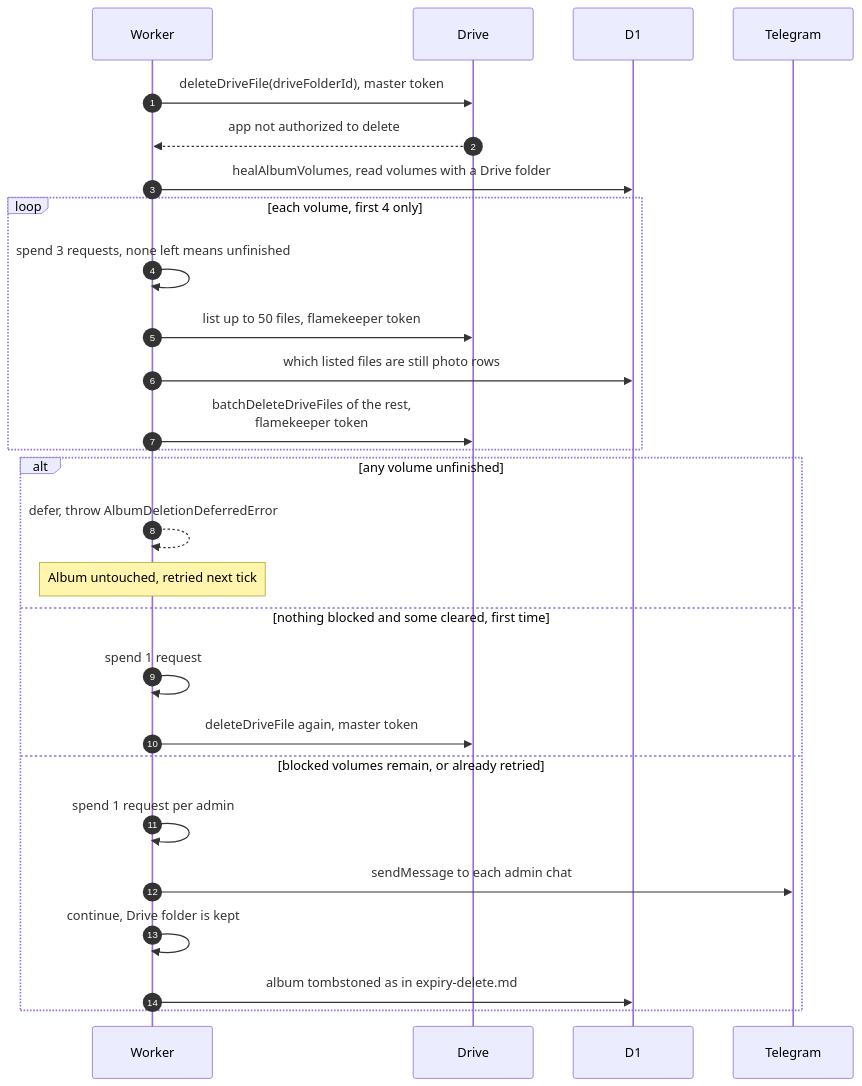
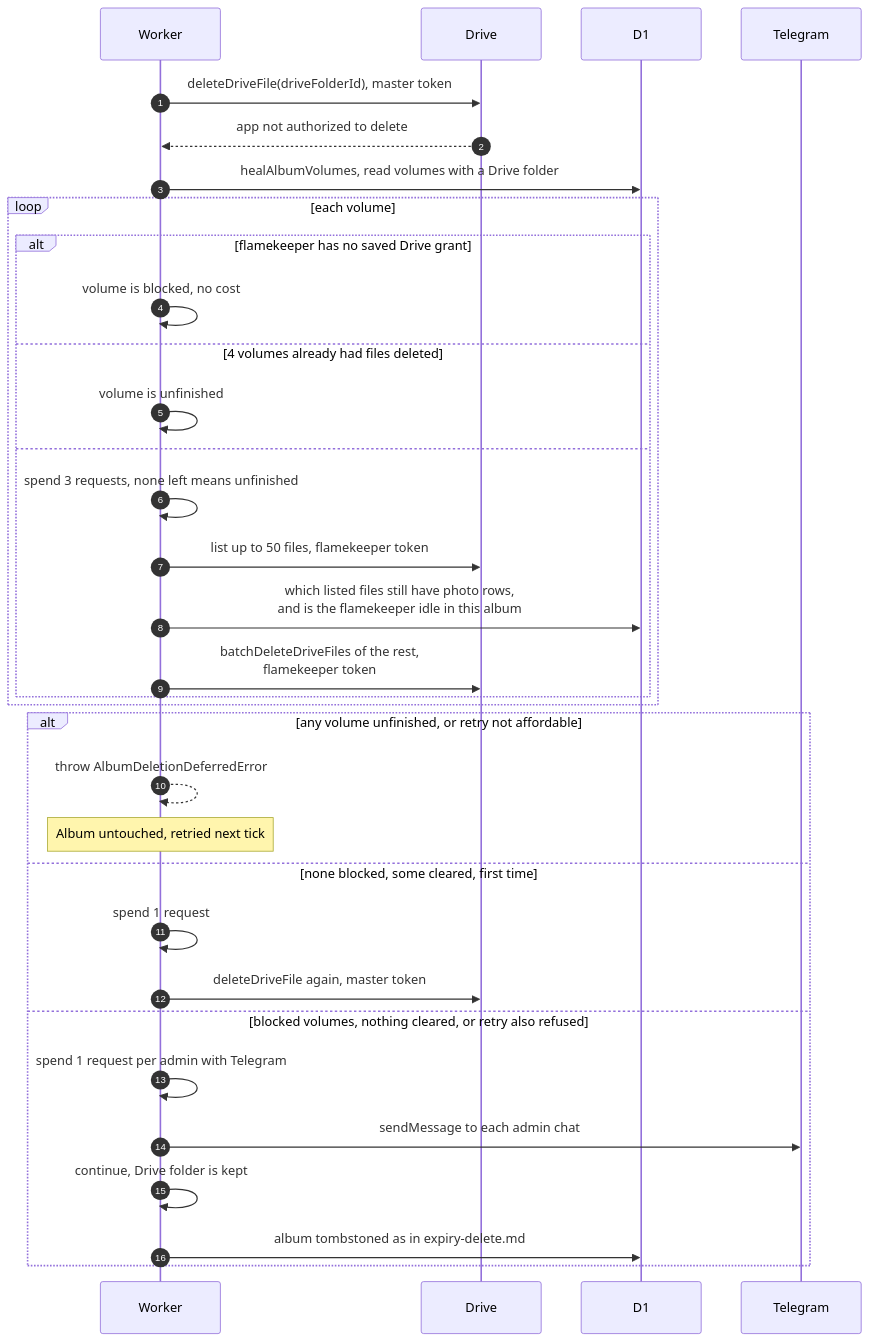
One commit to sagyzdop/meriksirat changed the diagram in docs/scenarios/cron/albums-and-housekeeping/expiry-blocked-folder.md. Above: the diagram before and after it, drawn with Mermaid. The commit also changed other lines of this file and 10 other files, not shown here.

Commit message:
docs(scenarios): verify cron albums-and-housekeeping diagrams against code

````diff
--- a/docs/scenarios/cron/albums-and-housekeeping/expiry-blocked-folder.md
+++ b/docs/scenarios/cron/albums-and-housekeeping/expiry-blocked-folder.md
@@ -34,29 +43,35 @@
 ```mermaid
 sequenceDiagram
     autonumber
     participant Worker
     participant Drive
     participant D1
     participant Telegram
     Worker->>Drive: deleteDriveFile(driveFolderId), master token
     Drive-->>Worker: app not authorized to delete
     Worker->>D1: healAlbumVolumes, read volumes with a Drive folder
-    loop each volume, first 4 only
-        Worker->>Worker: spend 3 requests, none left means unfinished
-        Worker->>Drive: list up to 50 files, flamekeeper token
-        Worker->>D1: which listed files are still photo rows
-        Worker->>Drive: batchDeleteDriveFiles of the rest,<br/>flamekeeper token
+    loop each volume
+        alt flamekeeper has no saved Drive grant
+            Worker->>Worker: volume is blocked, no cost
+        else 4 volumes already had files deleted
+            Worker->>Worker: volume is unfinished
+        else
+            Worker->>Worker: spend 3 requests, none left means unfinished
+            Worker->>Drive: list up to 50 files, flamekeeper token
+            Worker->>D1: which listed files still have photo rows,<br/>and is the flamekeeper idle in this album
+            Worker->>Drive: batchDeleteDriveFiles of the rest,<br/>flamekeeper token
+        end
     end
-    alt any volume unfinished
-        Worker-->>Worker: defer, throw AlbumDeletionDeferredError
+    alt any volume unfinished, or retry not affordable
+        Worker-->>Worker: throw AlbumDeletionDeferredError
         Note over Worker: Album untouched, retried next tick
-    else nothing blocked and some cleared, first time
+    else none blocked, some cleared, first time
         Worker->>Worker: spend 1 request
         Worker->>Drive: deleteDriveFile again, master token
-    else blocked volumes remain, or already retried
-        Worker->>Worker: spend 1 request per admin
+    else blocked volumes, nothing cleared, or retry also refused
+        Worker->>Worker: spend 1 request per admin with Telegram
         Worker->>Telegram: sendMessage to each admin chat
         Worker->>Worker: continue, Drive folder is kept
         Worker->>D1: album tombstoned as in expiry-delete.md
     end
 ```
````
